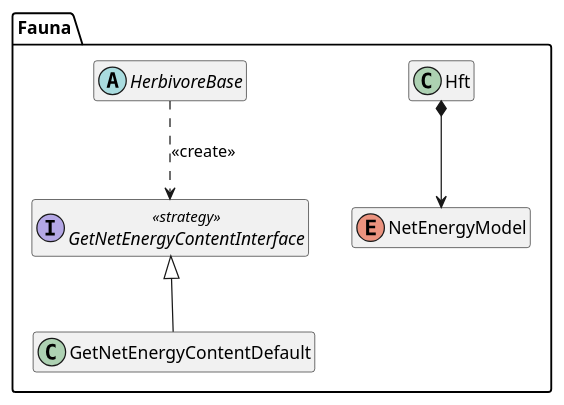
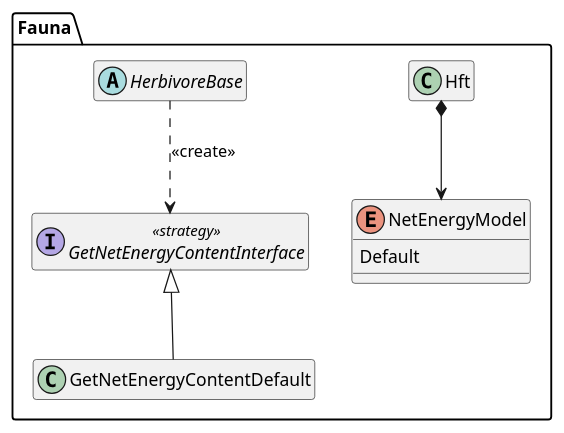
One commit to wtraylor/modular_megafauna_model changed diagram 12 of 20 in docs/diagrams.iuml. Above: the diagram before and after it, drawn with PlantUML. The commit also changed 1 other file, not shown here.

Commit message:
Rewrite section for new net energy model

```diff
--- a/docs/diagrams.iuml
+++ b/docs/diagrams.iuml
@@ -301,14 +301,15 @@
 @startuml (id=net_energy_content)
 	hide members
 	hide methods
 	namespace Fauna{
 		enum NetEnergyModel{
-			NM_DEFAULT
+      Default
 		}
+    show NetEnergyModel members
 		Hft *--> NetEnergyModel
 		interface GetNetEnergyContentInterface <<strategy>>
 		GetNetEnergyContentInterface <|-- GetNetEnergyContentDefault
 		abstract HerbivoreBase
 		HerbivoreBase ..> GetNetEnergyContentInterface : <<create>>
 	}
 @enduml
```
